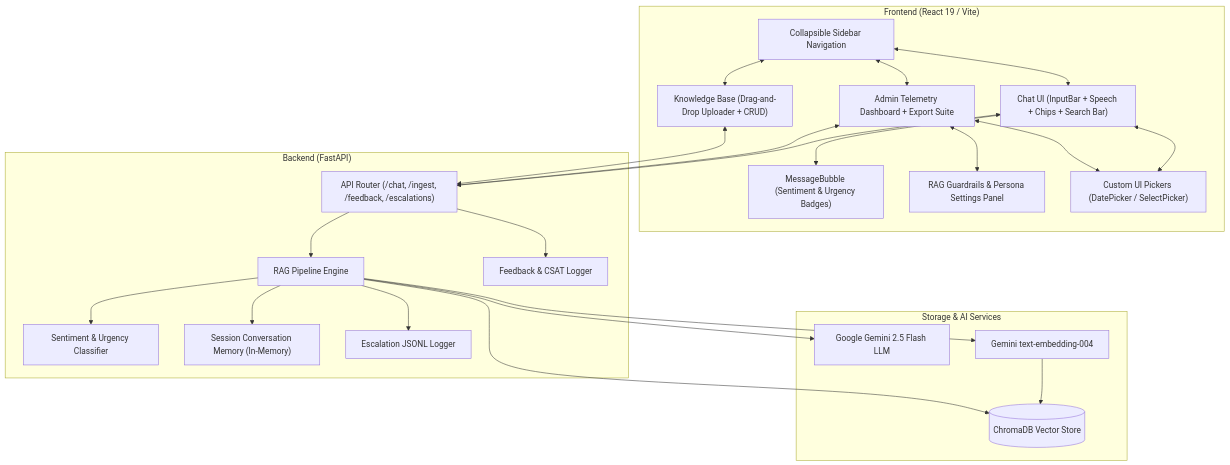
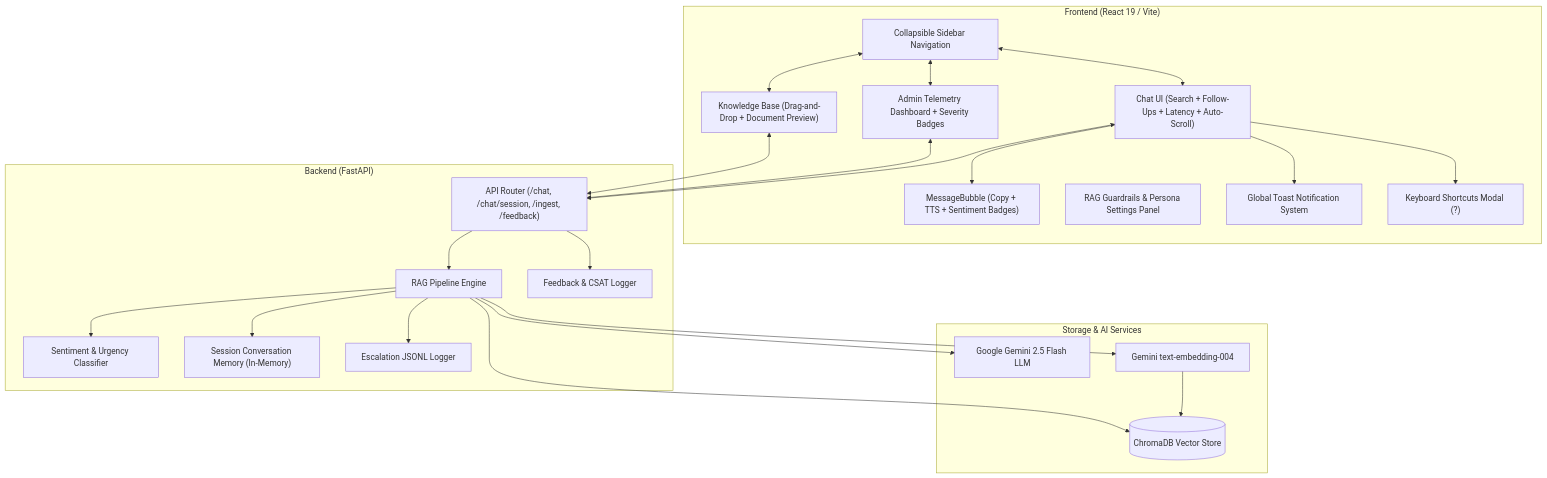
One commit to Giancyril/Relay changed the diagram in README.md. Above: the diagram before and after it, drawn with Mermaid. The commit also changed other lines of this file, not shown here.

Commit message:
docs: update README with full documentation of 10+ new advanced features, updated project tree, architecture diagrams, and 64 passing tests

````diff
--- a/README.md
+++ b/README.md
@@ -72,49 +56,49 @@
 ```mermaid
 graph TD
     subgraph Client ["Frontend (React 19 / Vite)"]
         Sidebar["Collapsible Sidebar Navigation"]
-        ChatUI["Chat UI (InputBar + Speech + Chips + Search Bar)"]
-        MsgBubble["MessageBubble (Sentiment & Urgency Badges)"]
-        AdminUI["Admin Telemetry Dashboard + Export Suite"]
+        ChatUI["Chat UI (Search + Follow-Ups + Latency + Auto-Scroll)"]
+        MsgBubble["MessageBubble (Copy + TTS + Sentiment Badges)"]
+        AdminUI["Admin Telemetry Dashboard + Severity Badges"]
         RAGSettings["RAG Guardrails & Persona Settings Panel"]
-        KBUI["Knowledge Base (Drag-and-Drop Uploader + CRUD)"]
-        Pickers["Custom UI Pickers (DatePicker / SelectPicker)"]
+        KBUI["Knowledge Base (Drag-and-Drop + Document Preview)"]
+        ToastSys["Global Toast Notification System"]
+        Shortcuts["Keyboard Shortcuts Modal (?)"]
     end
 
     subgraph Server ["Backend (FastAPI)"]
-        Router["API Router (/chat, /ingest, /feedback, /escalations)"]
+        Router["API Router (/chat, /chat/session, /ingest, /feedback)"]
         RAGService["RAG Pipeline Engine"]
         Sentiment["Sentiment & Urgency Classifier"]
         MemoryStore["Session Conversation Memory (In-Memory)"]
         EscLogger["Escalation JSONL Logger"]
         FBLogger["Feedback & CSAT Logger"]
     end
 
     subgraph External ["Storage & AI Services"]
         Chroma[(ChromaDB Vector Store)]
         Gemini[Google Gemini 2.5 Flash LLM]
         Embeddings[Gemini text-embedding-004]
     end
 
     Sidebar <--> ChatUI
     Sidebar <--> AdminUI
     Sidebar <--> KBUI
     ChatUI --> MsgBubble
-    ChatUI <--> Pickers
-    AdminUI <--> Pickers
-    AdminUI <--> RAGSettings
+    ChatUI --> ToastSys
+    ChatUI --> Shortcuts
 
     ChatUI <--> Router
     AdminUI <--> Router
     KBUI <--> Router
 
     Router --> RAGService
     RAGService --> MemoryStore
     RAGService --> Sentiment
     RAGService --> Embeddings
     Embeddings --> Chroma
     RAGService --> Chroma
     RAGService --> Gemini
     RAGService --> EscLogger
     Router --> FBLogger
 ```
````
